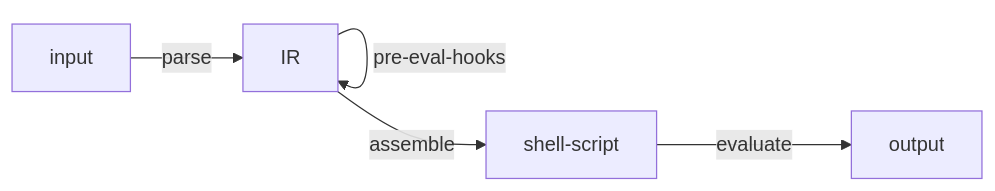
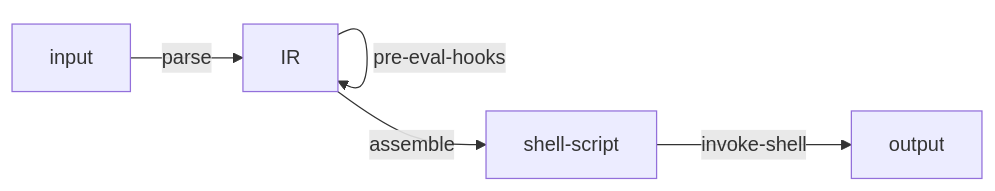
One commit to cfclrk/env changed the first of 2 diagrams in README.md. Above: the diagram before and after it, drawn with Mermaid. The commit also changed other lines of this file, not shown here.

````diff
--- a/README.md
+++ b/README.md
@@ -101,7 +98,7 @@
 ```mermaid
 flowchart LR
     input -- parse --> IR
     IR -- pre-eval-hooks --> IR
     IR -- assemble --> shell-script
-    shell-script -- evaluate --> output
+    shell-script -- invoke-shell --> output
 ```
````
